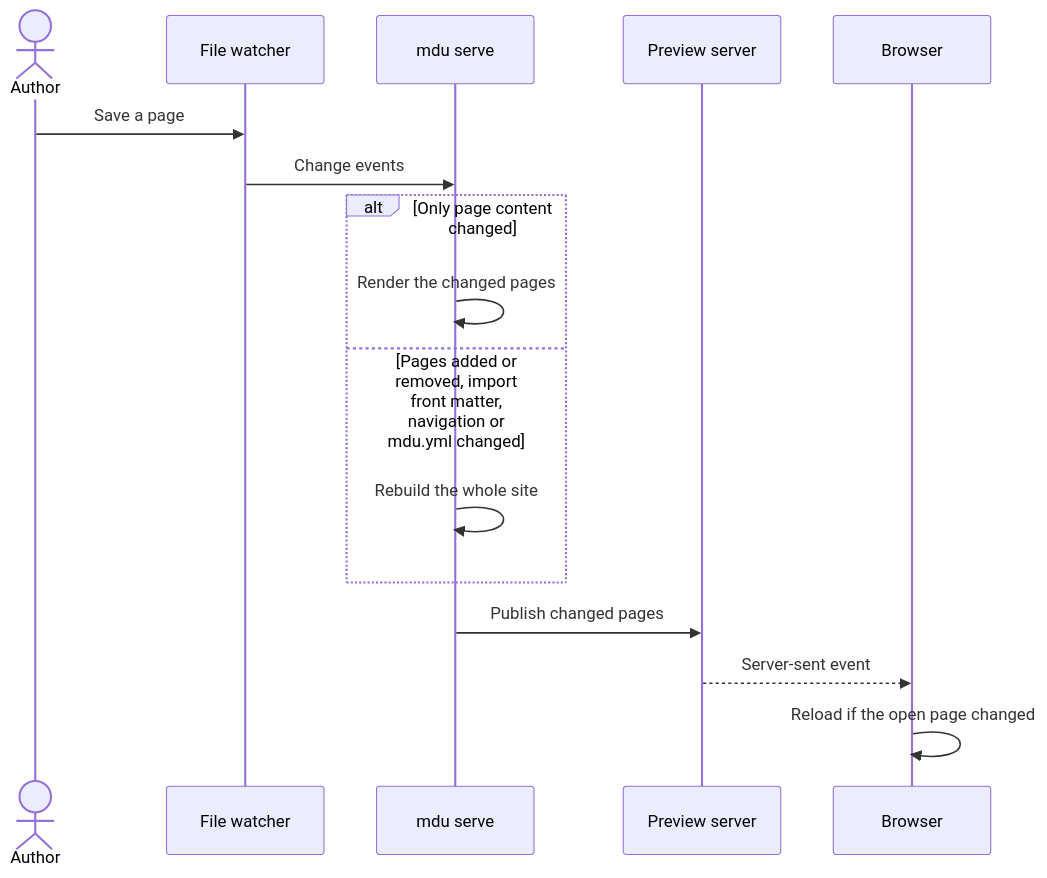
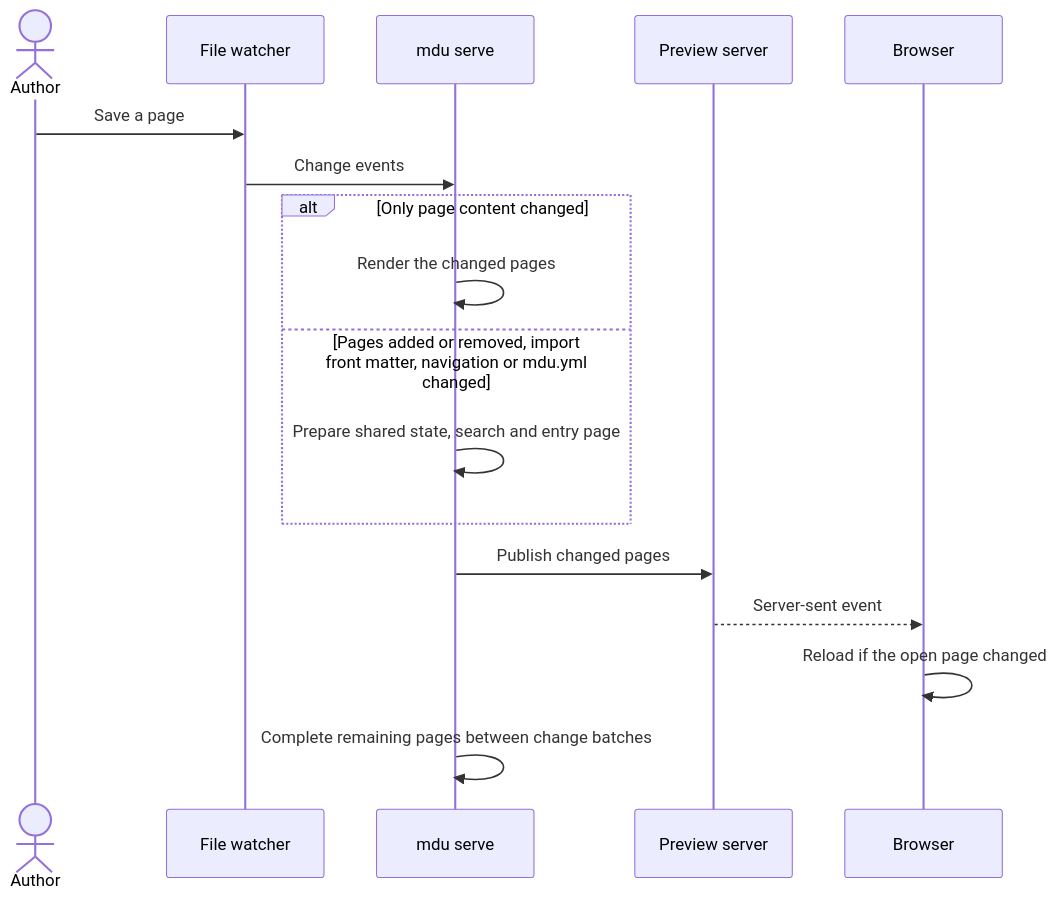
One commit to capjan/mdu changed the second of 2 diagrams in Docs/Architecture/Pipeline.md. Above: the diagram before and after it, drawn with Mermaid. The commit also changed other lines of this file and 79 other files, not shown here.

````diff
--- a/Docs/Architecture/Pipeline.md
+++ b/Docs/Architecture/Pipeline.md
@@ -83,19 +85,20 @@
 ```mermaid
 sequenceDiagram
     accTitle: Live preview update
     actor Author
     participant Watcher as File watcher
     participant Serve as mdu serve
     participant Server as Preview server
     participant Browser
     Author->>Watcher: Save a page
     Watcher->>Serve: Change events
     alt Only page content changed
         Serve->>Serve: Render the changed pages
     else Pages added or removed, import front matter, navigation or mdu.yml changed
-        Serve->>Serve: Rebuild the whole site
+        Serve->>Serve: Prepare shared state, search and entry page
     end
     Serve->>Server: Publish changed pages
     Server-->>Browser: Server-sent event
     Browser->>Browser: Reload if the open page changed
+    Serve->>Serve: Complete remaining pages between change batches
 ```
````
